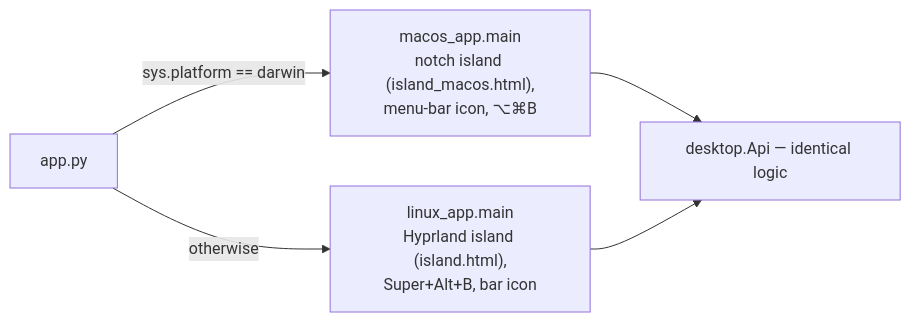
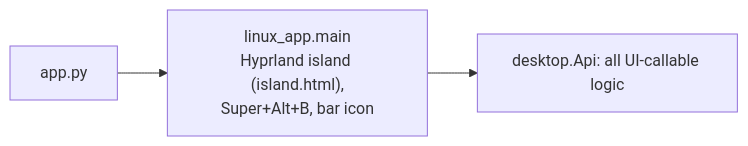
Before and after one commit to RM1338/Bonaventure: the sixth of 6 diagrams in docs/ARCHITECTURE.md, drawn with Mermaid. The commit also changed other lines of this file and 19 other files, not shown here.

First line of the commit message:
Linux release: keep the macOS shell out of main until it is reviewed

````diff
--- a/docs/ARCHITECTURE.md
+++ b/docs/ARCHITECTURE.md
@@ -251,7 +249,5 @@
 ```mermaid
 flowchart LR
-    APP["app.py"] -- "sys.platform == darwin" --> MAC["macos_app.main<br/>notch island (island_macos.html),<br/>menu-bar icon, ⌥⌘B"]
-    APP -- "otherwise" --> LIN["linux_app.main<br/>Hyprland island (island.html),<br/>Super+Alt+B, bar icon"]
-    MAC --> API["desktop.Api — identical logic"]
-    LIN --> API
+    APP["app.py"] --> LIN["linux_app.main<br/>Hyprland island (island.html),<br/>Super+Alt+B, bar icon"]
+    LIN --> API["desktop.Api: all UI-callable logic"]
 ```
````
